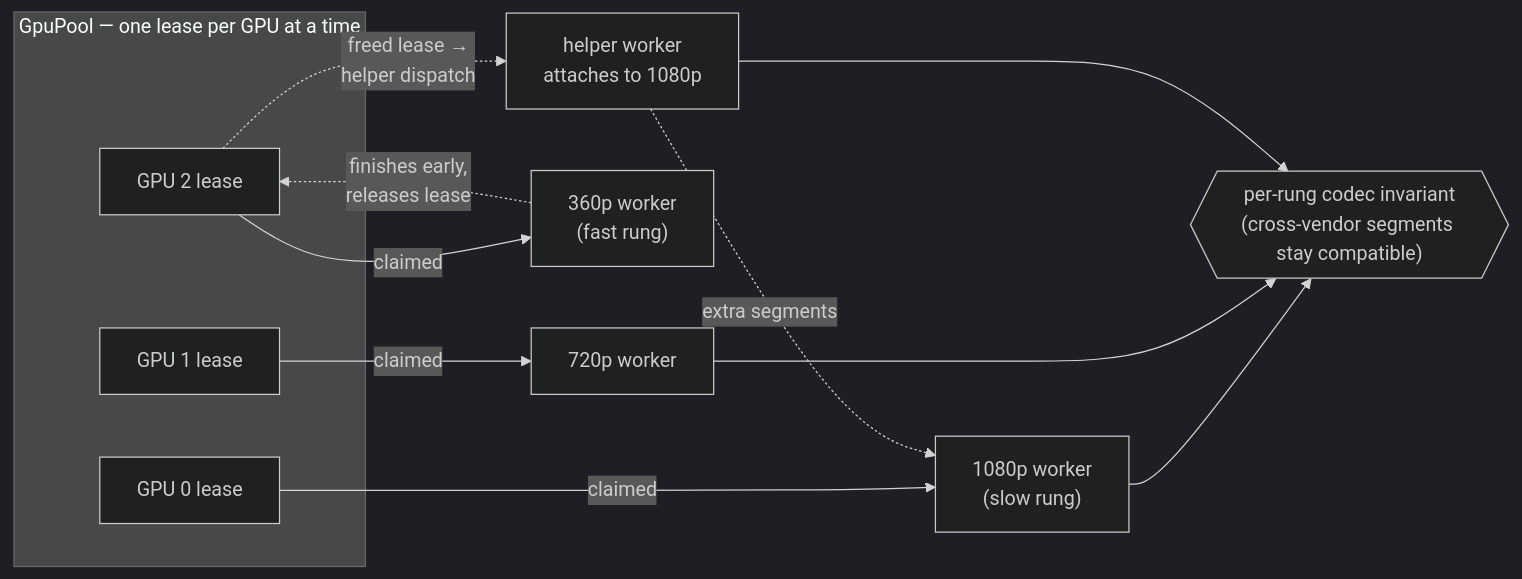
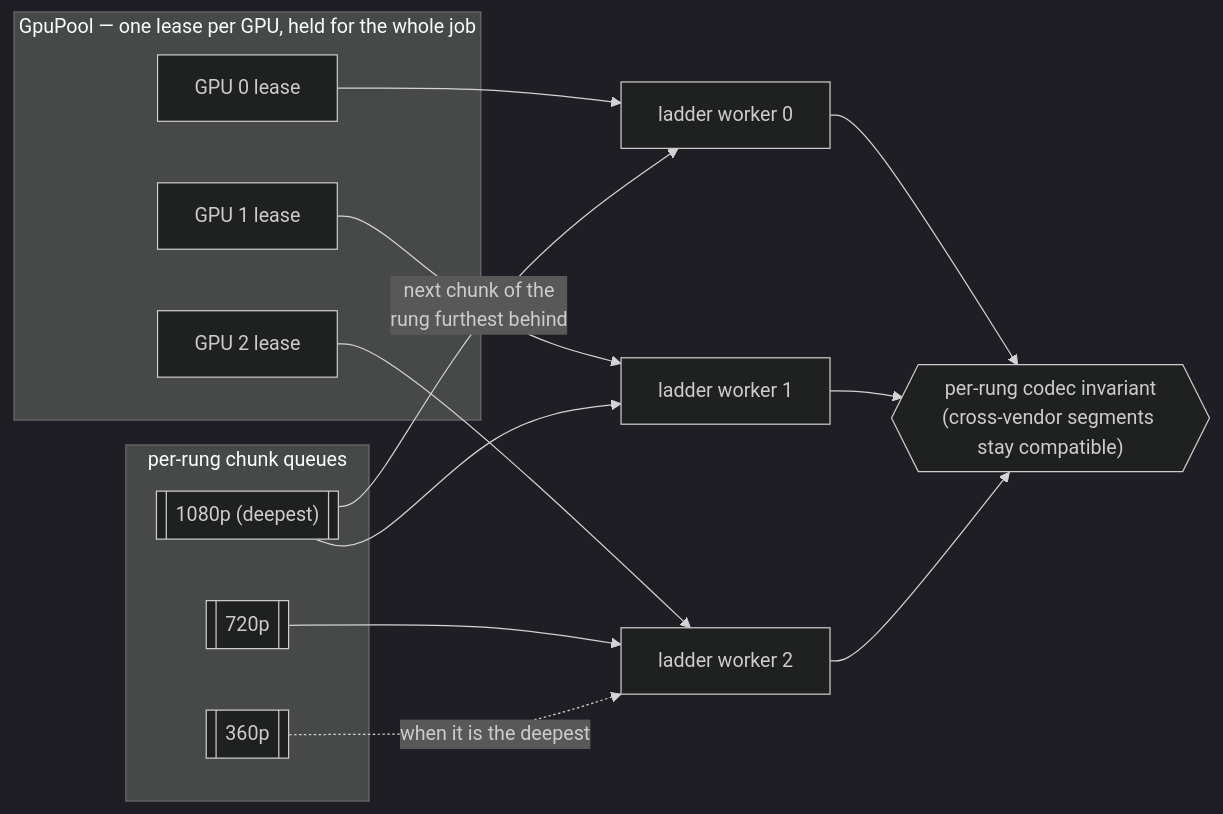
The second of 2 diagrams in docs/pipeline.md (rivet-transcoder/rivet), drawn with Mermaid (dark theme) before and after one commit. The commit also changed other lines of this file and 4 other files, not shown here.

````diff
--- a/docs/pipeline.md
+++ b/docs/pipeline.md
@@ -142,20 +142,27 @@
 ```mermaid
 flowchart LR
-    subgraph POOL["GpuPool — one lease per GPU at a time"]
+    subgraph POOL["GpuPool — one lease per GPU, held for the whole job"]
         L0[GPU 0 lease]
         L1[GPU 1 lease]
         L2[GPU 2 lease]
     end
 
-    L0 -->|claimed| W1080["1080p worker<br/>(slow rung)"]
-    L1 -->|claimed| W720["720p worker"]
-    L2 -->|claimed| W360["360p worker<br/>(fast rung)"]
+    subgraph QUEUES["per-rung chunk queues"]
+        Q1080[["1080p (deepest)"]]
+        Q720[["720p"]]
+        Q360[["360p"]]
+    end
 
-    W360 -.->|"finishes early,<br/>releases lease"| L2
-    L2 -.->|"freed lease →<br/>helper dispatch"| HELP["helper worker<br/>attaches to 1080p"]
-    HELP -.->|"extra segments"| W1080
+    L0 --> W0["ladder worker 0"]
+    L1 --> W1["ladder worker 1"]
+    L2 --> W2["ladder worker 2"]
 
-    W1080 --> INV{{"per-rung codec invariant<br/>(cross-vendor segments stay compatible)"}}
-    W720 --> INV
-    HELP --> INV
+    Q1080 -->|"next chunk of the<br/>rung furthest behind"| W0
+    Q1080 --> W1
+    Q720 --> W2
+    Q360 -.->|"when it is the deepest"| W2
+
+    W0 --> INV{{"per-rung codec invariant<br/>(cross-vendor segments stay compatible)"}}
+    W1 --> INV
+    W2 --> INV
 ```
````
